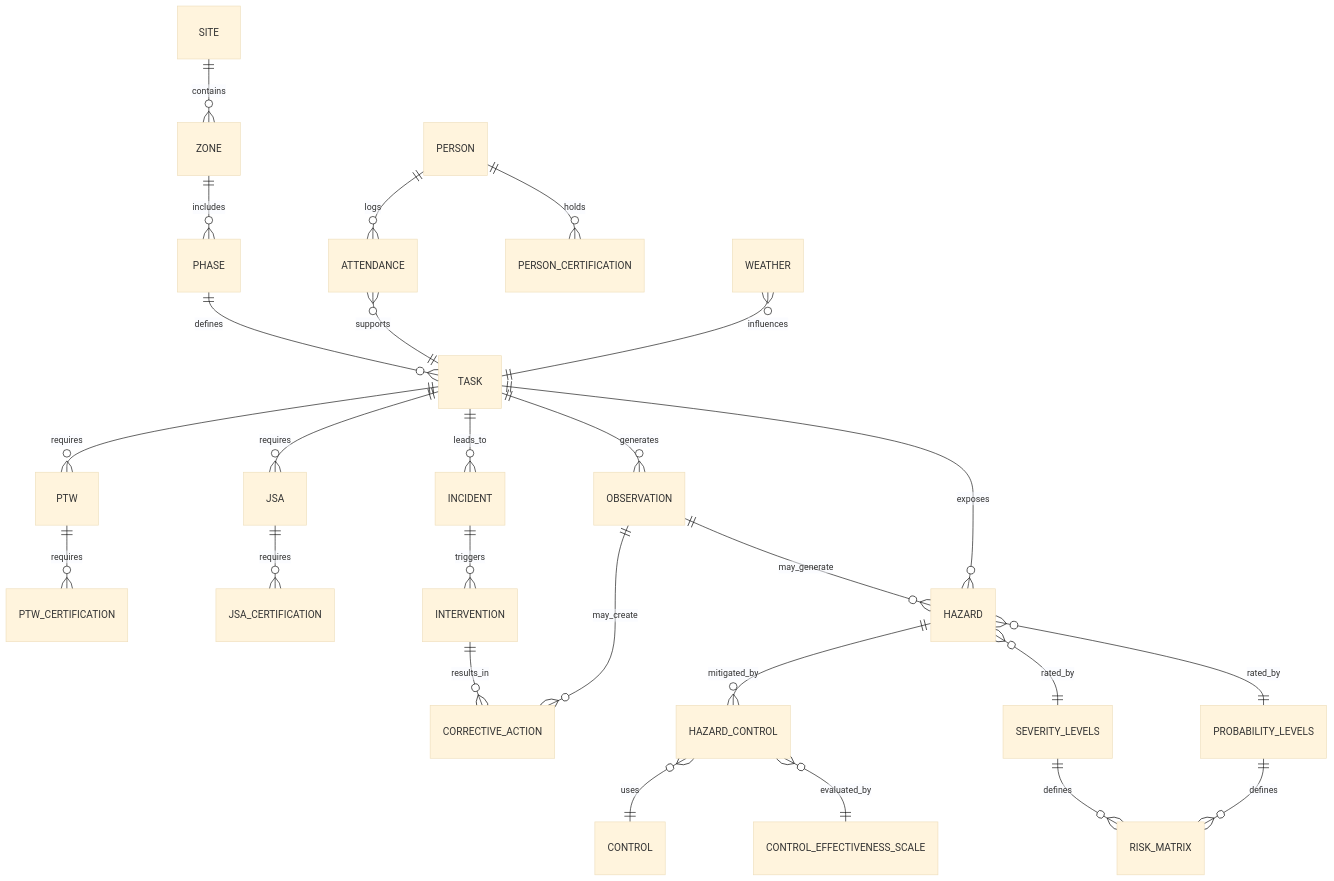
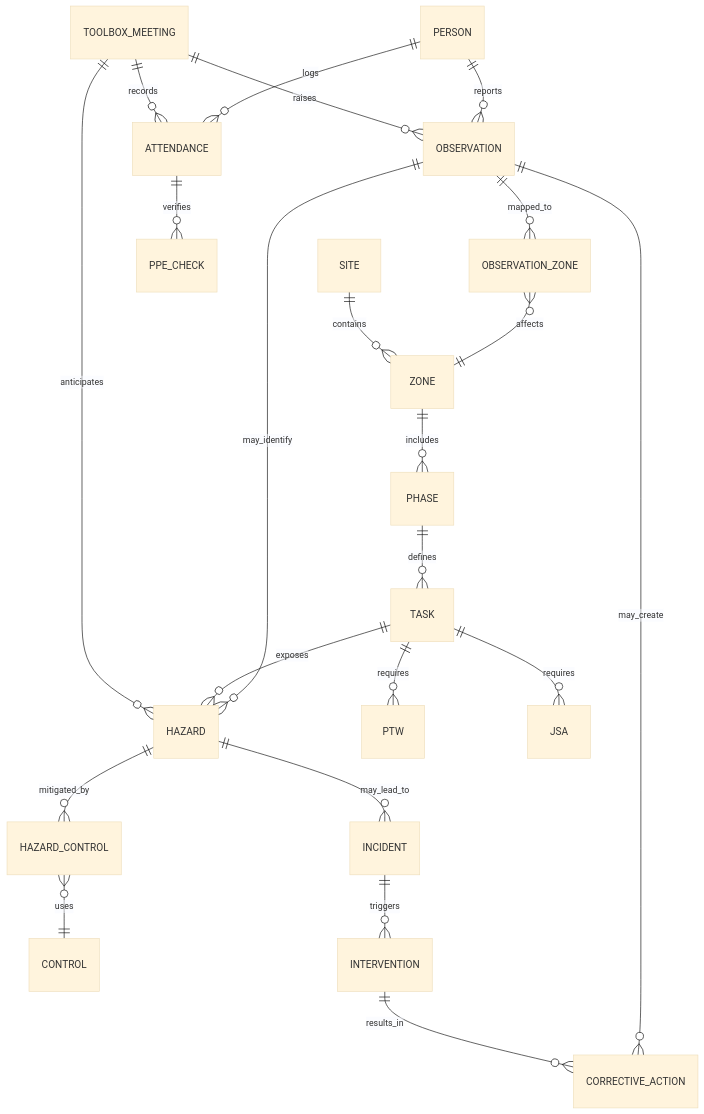
The second of 2 diagrams in README.md (Euchie23/Euchie23), drawn with Mermaid (base theme) before and after one commit.

````diff
--- a/README.md
+++ b/README.md
@@ -129,37 +129,32 @@
 ```mermaid
 erDiagram
     SITE ||--o{ ZONE : contains
     ZONE ||--o{ PHASE : includes
     PHASE ||--o{ TASK : defines
 
+    TOOLBOX_MEETING ||--o{ ATTENDANCE : records
+    TOOLBOX_MEETING ||--o{ OBSERVATION : raises
+    TOOLBOX_MEETING ||--o{ HAZARD : anticipates
+
     PERSON ||--o{ ATTENDANCE : logs
-    ATTENDANCE }o--|| TASK : supports
+    ATTENDANCE ||--o{ PPE_CHECK : verifies
+
+    PERSON ||--o{ OBSERVATION : reports
+    OBSERVATION ||--o{ OBSERVATION_ZONE : mapped_to
+    OBSERVATION_ZONE }o--|| ZONE : affects
+
+    TASK ||--o{ HAZARD : exposes
+    OBSERVATION ||--o{ HAZARD : may_identify
+
+    HAZARD ||--o{ HAZARD_CONTROL : mitigated_by
+    HAZARD_CONTROL }o--|| CONTROL : uses
+
+    HAZARD ||--o{ INCIDENT : may_lead_to
+    INCIDENT ||--o{ INTERVENTION : triggers
+    INTERVENTION ||--o{ CORRECTIVE_ACTION : results_in
+
+    OBSERVATION ||--o{ CORRECTIVE_ACTION : may_create
 
     TASK ||--o{ PTW : requires
     TASK ||--o{ JSA : requires
-
-    PERSON ||--o{ PERSON_CERTIFICATION : holds
-    PTW ||--o{ PTW_CERTIFICATION : requires
-    JSA ||--o{ JSA_CERTIFICATION : requires
-
-    TASK ||--o{ INCIDENT : leads_to
-    INCIDENT ||--o{ INTERVENTION : triggers
-    INTERVENTION ||--o{ CORRECTIVE_ACTION : results_in
-
-    TASK ||--o{ OBSERVATION : generates
-    OBSERVATION ||--o{ HAZARD : may_generate
-    OBSERVATION ||--o{ CORRECTIVE_ACTION : may_create
-
-    TASK ||--o{ HAZARD : exposes
-    HAZARD ||--o{ HAZARD_CONTROL : mitigated_by
-    HAZARD_CONTROL }o--|| CONTROL : uses
-
-    HAZARD }o--|| SEVERITY_LEVELS : rated_by
-    HAZARD }o--|| PROBABILITY_LEVELS : rated_by
-    SEVERITY_LEVELS ||--o{ RISK_MATRIX : defines
-    PROBABILITY_LEVELS ||--o{ RISK_MATRIX : defines
-
-    HAZARD_CONTROL }o--|| CONTROL_EFFECTIVENESS_SCALE : evaluated_by
-
-    WEATHER }o--|| TASK : influences
 ```
````
